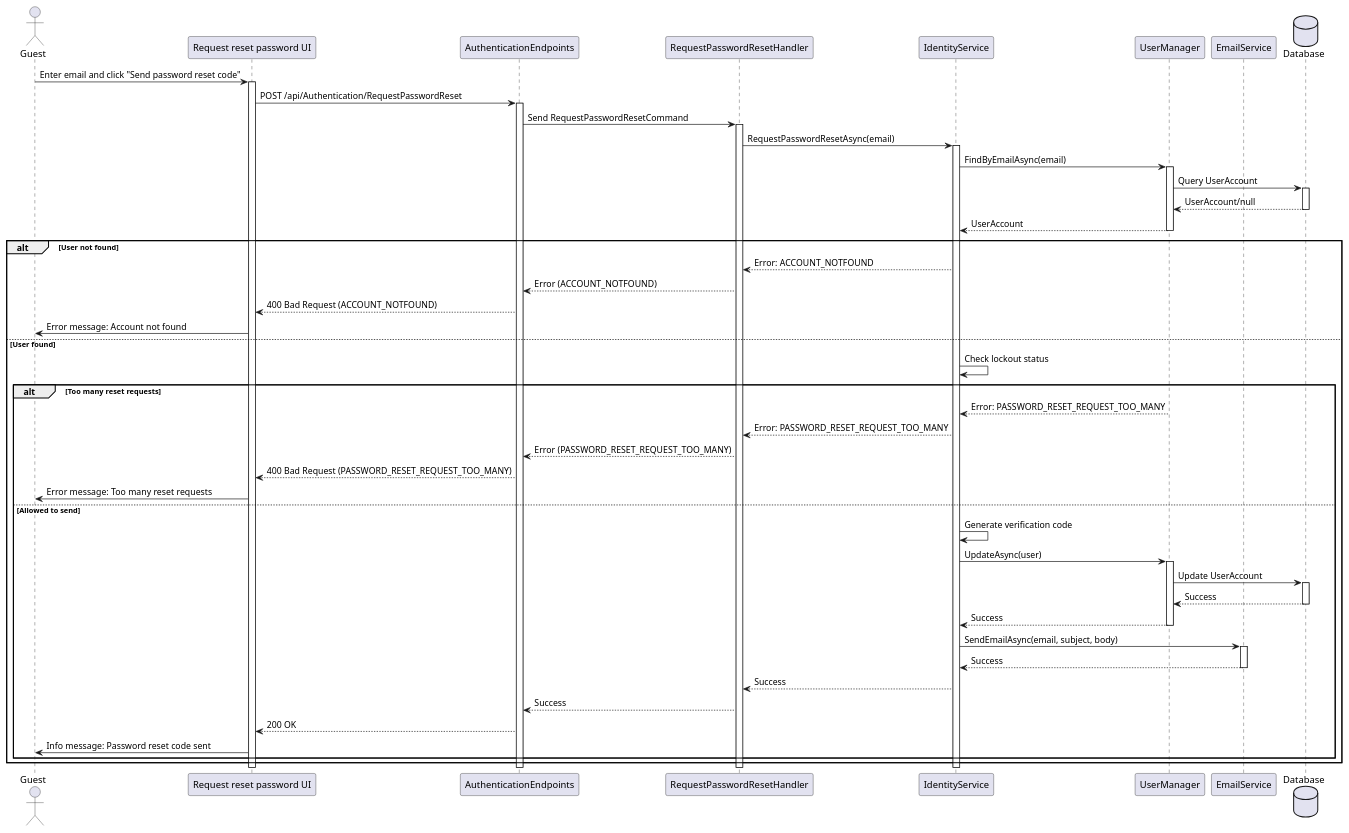
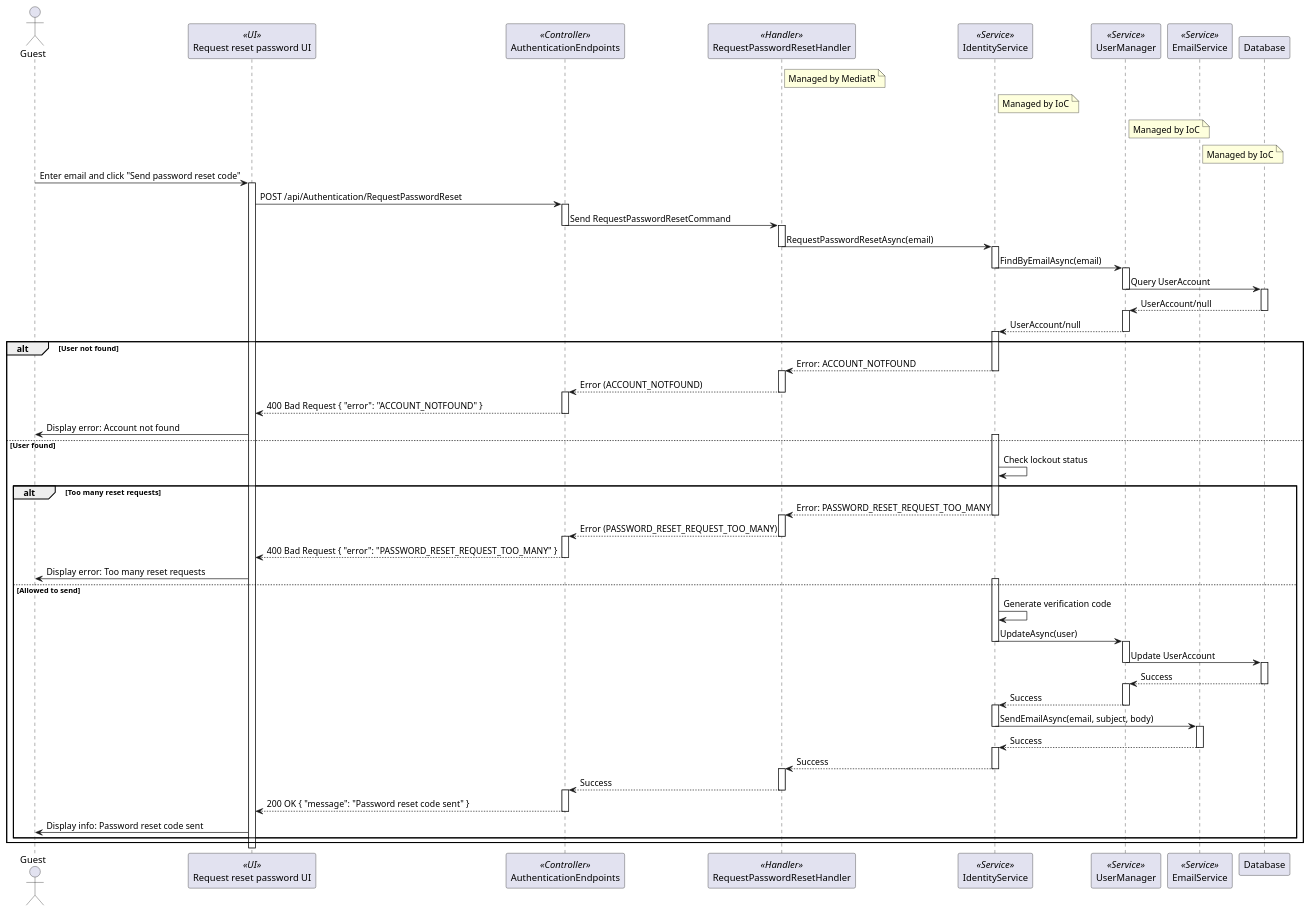
Before and after one commit to thanhkhac/SEP_Diagram: the diagram in authentication/sequence/08_RequestResetPassword.puml, drawn with PlantUML. The commit also changed 30 other files, not shown here.

Commit message:
Enhance sequence diagrams with detailed flow and roles

```diff
--- a/authentication/sequence/08_RequestResetPassword.puml
+++ b/authentication/sequence/08_RequestResetPassword.puml
@@ -1,66 +1,105 @@
 @startuml
 actor Guest as User
-participant "Request reset password UI" as UI
-participant AuthenticationEndpoints
-participant RequestPasswordResetHandler
-participant IdentityService
-participant UserManager
-participant EmailService
-Database Database
+participant "Request reset password UI" as UI <<UI>>
+participant AuthenticationEndpoints <<Controller>>
+participant RequestPasswordResetHandler <<Handler>>
+participant IdentityService <<Service>>
+participant UserManager <<Service>>
+participant EmailService <<Service>>
+participant Database
+
+note right of RequestPasswordResetHandler
+  Managed by MediatR
+end note
+
+note right of IdentityService
+  Managed by IoC
+end note
+
+note right of UserManager
+  Managed by IoC
+end note
+
+note right of EmailService
+  Managed by IoC
+end note
 
 User -> UI : Enter email and click "Send password reset code"
 activate UI
 UI -> AuthenticationEndpoints : POST /api/Authentication/RequestPasswordReset
 activate AuthenticationEndpoints
 AuthenticationEndpoints -> RequestPasswordResetHandler : Send RequestPasswordResetCommand
+deactivate AuthenticationEndpoints
 activate RequestPasswordResetHandler
 RequestPasswordResetHandler -> IdentityService : RequestPasswordResetAsync(email)
+deactivate RequestPasswordResetHandler
 activate IdentityService
 IdentityService -> UserManager : FindByEmailAsync(email)
+deactivate IdentityService
 activate UserManager
 UserManager -> Database : Query UserAccount
+deactivate UserManager
 activate Database
 Database --> UserManager : UserAccount/null
 deactivate Database
-    UserManager -->IdentityService : UserAccount
-    deactivate UserManager
+activate UserManager
+UserManager --> IdentityService : UserAccount/null
+deactivate UserManager
+activate IdentityService
 alt User not found
-
     IdentityService --> RequestPasswordResetHandler : Error: ACCOUNT_NOTFOUND
+    deactivate IdentityService
+    activate RequestPasswordResetHandler
     RequestPasswordResetHandler --> AuthenticationEndpoints : Error (ACCOUNT_NOTFOUND)
-    AuthenticationEndpoints --> UI : 400 Bad Request (ACCOUNT_NOTFOUND)
-    UI -> User : Error message: Account not found
+    deactivate RequestPasswordResetHandler
+    activate AuthenticationEndpoints
+    AuthenticationEndpoints --> UI : 400 Bad Request { "error": "ACCOUNT_NOTFOUND" }
+    deactivate AuthenticationEndpoints
+    UI -> User : Display error: Account not found
 else User found
+    activate IdentityService
     IdentityService -> IdentityService : Check lockout status
     alt Too many reset requests
-        UserManager --> IdentityService : Error: PASSWORD_RESET_REQUEST_TOO_MANY
-        deactivate UserManager
         IdentityService --> RequestPasswordResetHandler : Error: PASSWORD_RESET_REQUEST_TOO_MANY
+        deactivate IdentityService
+        activate RequestPasswordResetHandler
         RequestPasswordResetHandler --> AuthenticationEndpoints : Error (PASSWORD_RESET_REQUEST_TOO_MANY)
-        AuthenticationEndpoints --> UI : 400 Bad Request (PASSWORD_RESET_REQUEST_TOO_MANY)
-        UI -> User : Error message: Too many reset requests
+        deactivate RequestPasswordResetHandler
+        activate AuthenticationEndpoints
+        AuthenticationEndpoints --> UI : 400 Bad Request { "error": "PASSWORD_RESET_REQUEST_TOO_MANY" }
+        deactivate AuthenticationEndpoints
+        UI -> User : Display error: Too many reset requests
     else Allowed to send
+        activate IdentityService
         IdentityService -> IdentityService : Generate verification code
         IdentityService -> UserManager : UpdateAsync(user)
+        deactivate IdentityService
         activate UserManager
         UserManager -> Database : Update UserAccount
+        deactivate UserManager
         activate Database
         Database --> UserManager : Success
         deactivate Database
+        activate UserManager
         UserManager --> IdentityService : Success
         deactivate UserManager
+        activate IdentityService
         IdentityService -> EmailService : SendEmailAsync(email, subject, body)
+        deactivate IdentityService
         activate EmailService
         EmailService --> IdentityService : Success
         deactivate EmailService
+        activate IdentityService
         IdentityService --> RequestPasswordResetHandler : Success
+        deactivate IdentityService
+        activate RequestPasswordResetHandler
         RequestPasswordResetHandler --> AuthenticationEndpoints : Success
-        AuthenticationEndpoints --> UI : 200 OK
-        UI -> User : Info message: Password reset code sent
+        deactivate RequestPasswordResetHandler
+        activate AuthenticationEndpoints
+        AuthenticationEndpoints --> UI : 200 OK { "message": "Password reset code sent" }
+        deactivate AuthenticationEndpoints
+        UI -> User : Display info: Password reset code sent
     end
 end
-deactivate IdentityService
-deactivate RequestPasswordResetHandler
-deactivate AuthenticationEndpoints
-deactivate UI
+
 @enduml
```
